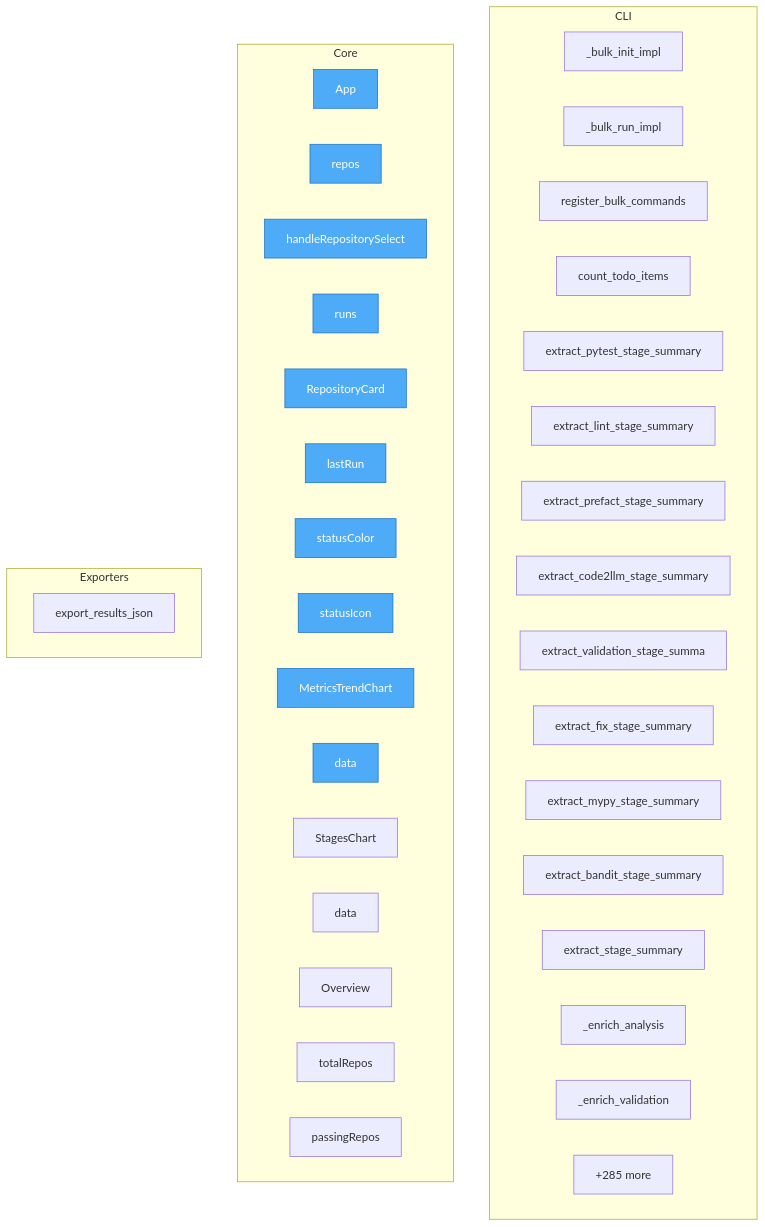
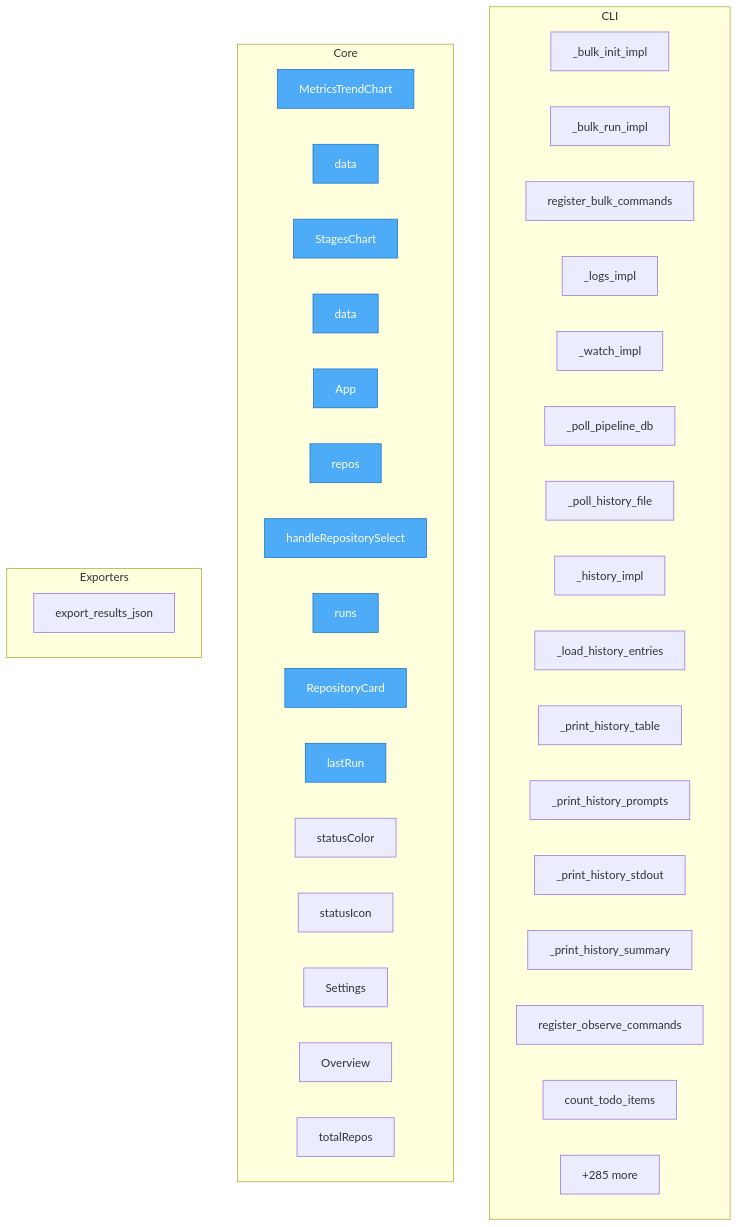
The diagram in project/flow.mmd (semcod/pyqual), drawn with Mermaid before and after one commit. The commit also changed 23 other files, not shown here.

```diff
--- a/project/flow.mmd
+++ b/project/flow.mmd
@@ -1,48 +1,48 @@
 flowchart TD
 
     %% Entry points (blue)
     classDef entry fill:#4dabf7,stroke:#1971c2,color:#fff
 
     subgraph CLI
         pyqual__cli_bulk_cmds___bulk_init_impl["_bulk_init_impl"]
         pyqual__cli_bulk_cmds___bulk_run_impl["_bulk_run_impl"]
         pyqual__cli_bulk_cmds__register_bulk_commands["register_bulk_commands"]
+        pyqual__cli_observe___logs_impl["_logs_impl"]
+        pyqual__cli_observe___watch_impl["_watch_impl"]
+        pyqual__cli_observe___poll_pipeline_db["_poll_pipeline_db"]
+        pyqual__cli_observe___poll_history_file["_poll_history_file"]
+        pyqual__cli_observe___history_impl["_history_impl"]
+        pyqual__cli_observe___load_history_entries["_load_history_entries"]
+        pyqual__cli_observe___print_history_table["_print_history_table"]
+        pyqual__cli_observe___print_history_prompts["_print_history_prompts"]
+        pyqual__cli_observe___print_history_stdout["_print_history_stdout"]
+        pyqual__cli_observe___print_history_summary["_print_history_summary"]
+        pyqual__cli_observe__register_observe_commands["register_observe_commands"]
         pyqual__cli_run_helpers__count_todo_items["count_todo_items"]
-        pyqual__cli_run_helpers__extract_pytest_stage_summary["extract_pytest_stage_summary"]
-        pyqual__cli_run_helpers__extract_lint_stage_summary["extract_lint_stage_summary"]
-        pyqual__cli_run_helpers__extract_prefact_stage_summary["extract_prefact_stage_summary"]
-        pyqual__cli_run_helpers__extract_code2llm_stage_summary["extract_code2llm_stage_summary"]
-        pyqual__cli_run_helpers__extract_validation_stage_summary["extract_validation_stage_summa"]
-        pyqual__cli_run_helpers__extract_fix_stage_summary["extract_fix_stage_summary"]
-        pyqual__cli_run_helpers__extract_mypy_stage_summary["extract_mypy_stage_summary"]
-        pyqual__cli_run_helpers__extract_bandit_stage_summary["extract_bandit_stage_summary"]
-        pyqual__cli_run_helpers__extract_stage_summary["extract_stage_summary"]
-        pyqual__cli_run_helpers___enrich_analysis["_enrich_analysis"]
-        pyqual__cli_run_helpers___enrich_validation["_enrich_validation"]
         ...["+57 more"]
     end
 
     subgraph Core
+        dashboard__src__components__MetricsTrendChart__MetricsTrendChart["MetricsTrendChart"]
+        dashboard__src__components__MetricsTrendChart__data["data"]
+        dashboard__src__components__StagesChart__StagesChart["StagesChart"]
+        dashboard__src__components__StagesChart__data["data"]
         dashboard__src__App__App["App"]
         dashboard__src__App__repos["repos"]
         dashboard__src__App__handleRepositorySelect["handleRepositorySelect"]
         dashboard__src__App__runs["runs"]
         dashboard__src__App__RepositoryCard["RepositoryCard"]
         dashboard__src__App__lastRun["lastRun"]
         dashboard__src__App__statusColor["statusColor"]
         dashboard__src__App__statusIcon["statusIcon"]
-        dashboard__src__components__MetricsTrendChart__MetricsTrendChart["MetricsTrendChart"]
-        dashboard__src__components__MetricsTrendChart__data["data"]
-        dashboard__src__components__StagesChart__StagesChart["StagesChart"]
-        dashboard__src__components__StagesChart__data["data"]
+        dashboard__src__components__Settings__Settings["Settings"]
         dashboard__src__components__Overview__Overview["Overview"]
         dashboard__src__components__Overview__totalRepos["totalRepos"]
-        dashboard__src__components__Overview__passingRepos["passingRepos"]
         ...["+285 more"]
     end
 
     subgraph Exporters
         pyqual__api__export_results_json["export_results_json"]
     end
 
-    class dashboard__src__App__App,dashboard__src__App__repos,dashboard__src__App__handleRepositorySelect,dashboard__src__App__runs,dashboard__src__App__RepositoryCard,dashboard__src__App__lastRun,dashboard__src__App__statusColor,dashboard__src__App__statusIcon,dashboard__src__components__MetricsTrendChart__MetricsTrendChart,dashboard__src__components__MetricsTrendChart__data entry
+    class dashboard__src__components__MetricsTrendChart__MetricsTrendChart,dashboard__src__components__MetricsTrendChart__data,dashboard__src__components__StagesChart__StagesChart,dashboard__src__components__StagesChart__data,dashboard__src__App__App,dashboard__src__App__repos,dashboard__src__App__handleRepositorySelect,dashboard__src__App__runs,dashboard__src__App__RepositoryCard,dashboard__src__App__lastRun entry
```
